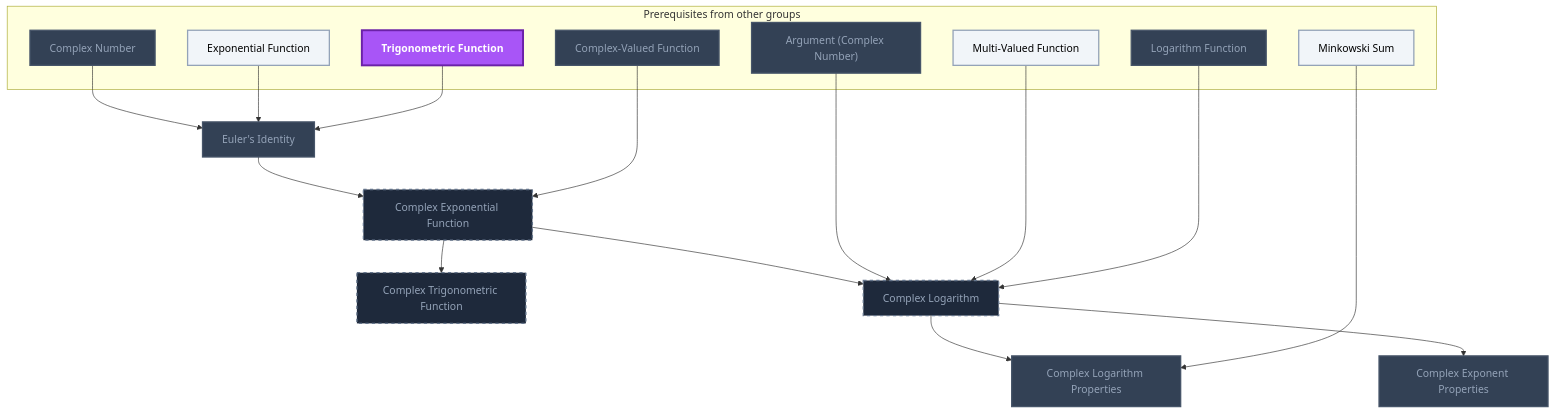
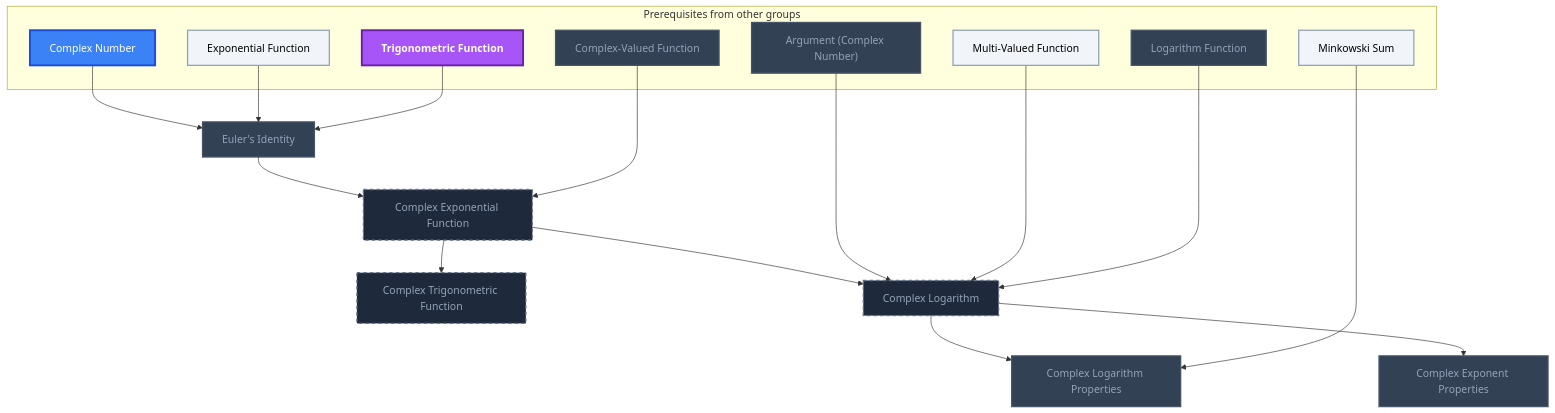
One commit to MRauf1/My-Notes changed the fourth of 19 diagrams in Gamification/Skill Trees/Complex Analysis.md. Above: the diagram before and after it, drawn with Mermaid. The commit also changed other lines of this file and 57 other files, not shown here.

````diff
--- a/Gamification/Skill Trees/Complex Analysis.md
+++ b/Gamification/Skill Trees/Complex Analysis.md
@@ -142,46 +143,47 @@
 ```mermaid
 flowchart TD
     classDef planned fill:#1E293B,stroke:#64748B,stroke-width:2px,stroke-dasharray:5 5,color:#94A3B8;
     classDef locked fill:#334155,stroke:#475569,stroke-width:2px,color:#94A3B8;
     classDef L0 fill:#F1F5F9,stroke:#94A3B8,stroke-width:2px,color:#000000;
     classDef L1 fill:#22C55E,stroke:#15803D,stroke-width:2px,color:#000000;
     classDef L2 fill:#3B82F6,stroke:#1D4ED8,stroke-width:3px,color:#FFFFFF;
     classDef L3 fill:#A855F7,stroke:#6B21A8,stroke-width:3px,color:#FFFFFF,font-weight:bold;
     classDef L4 fill:#F97316,stroke:#C2410C,stroke-width:4px,color:#000000,font-weight:bold;
     classDef L5 fill:#FFD700,stroke:#FF8C00,stroke-width:5px,color:#000000,font-weight:bold;
     classDef rusty stroke:#8B4513,stroke-width:4px,stroke-dasharray:3 3;
     subgraph sg_prereqs["Prerequisites from other groups"]
         n_complex_number["Complex Number"]
         n_exponential_function["Exponential Function"]
         n_trigonometric_function["Trigonometric Function"]
         n_complex_valued_function["Complex-Valued Function"]
         n_argument_complex_number["Argument (Complex Number)"]
         n_multi_valued_function["Multi-Valued Function"]
         n_logarithm_function["Logarithm Function"]
         n_minkowski_sum["Minkowski Sum"]
     end
     n_euler_s_identity["Euler's Identity"]
     n_complex_exponential_function["Complex Exponential Function"]
     n_complex_trigonometric_function["Complex Trigonometric Function"]
     n_complex_logarithm["Complex Logarithm"]
     n_complex_logarithm_properties["Complex Logarithm Properties"]
     n_complex_exponent_properties["Complex Exponent Properties"]
     n_complex_number --> n_euler_s_identity
     n_exponential_function --> n_euler_s_identity
     n_trigonometric_function --> n_euler_s_identity
     n_euler_s_identity --> n_complex_exponential_function
     n_complex_valued_function --> n_complex_exponential_function
     n_complex_exponential_function --> n_complex_trigonometric_function
     n_complex_exponential_function --> n_complex_logarithm
     n_argument_complex_number --> n_complex_logarithm
     n_multi_valued_function --> n_complex_logarithm
     n_logarithm_function --> n_complex_logarithm
     n_complex_logarithm --> n_complex_logarithm_properties
     n_minkowski_sum --> n_complex_logarithm_properties
     n_complex_logarithm --> n_complex_exponent_properties
     class n_complex_exponential_function,n_complex_trigonometric_function,n_complex_logarithm planned;
-    class n_complex_number,n_complex_valued_function,n_argument_complex_number,n_logarithm_function,n_euler_s_identity,n_complex_logarithm_properties,n_complex_exponent_properties locked;
+    class n_complex_valued_function,n_argument_complex_number,n_logarithm_function,n_euler_s_identity,n_complex_logarithm_properties,n_complex_exponent_properties locked;
     class n_exponential_function,n_multi_valued_function,n_minkowski_sum L0;
+    class n_complex_number L2;
     class n_trigonometric_function L3;
     class n_complex_number,n_exponential_function,n_trigonometric_function,n_complex_valued_function,n_argument_complex_number,n_multi_valued_function,n_logarithm_function,n_minkowski_sum,n_euler_s_identity,n_complex_logarithm_properties,n_complex_exponent_properties internal-link;
 ```
````
